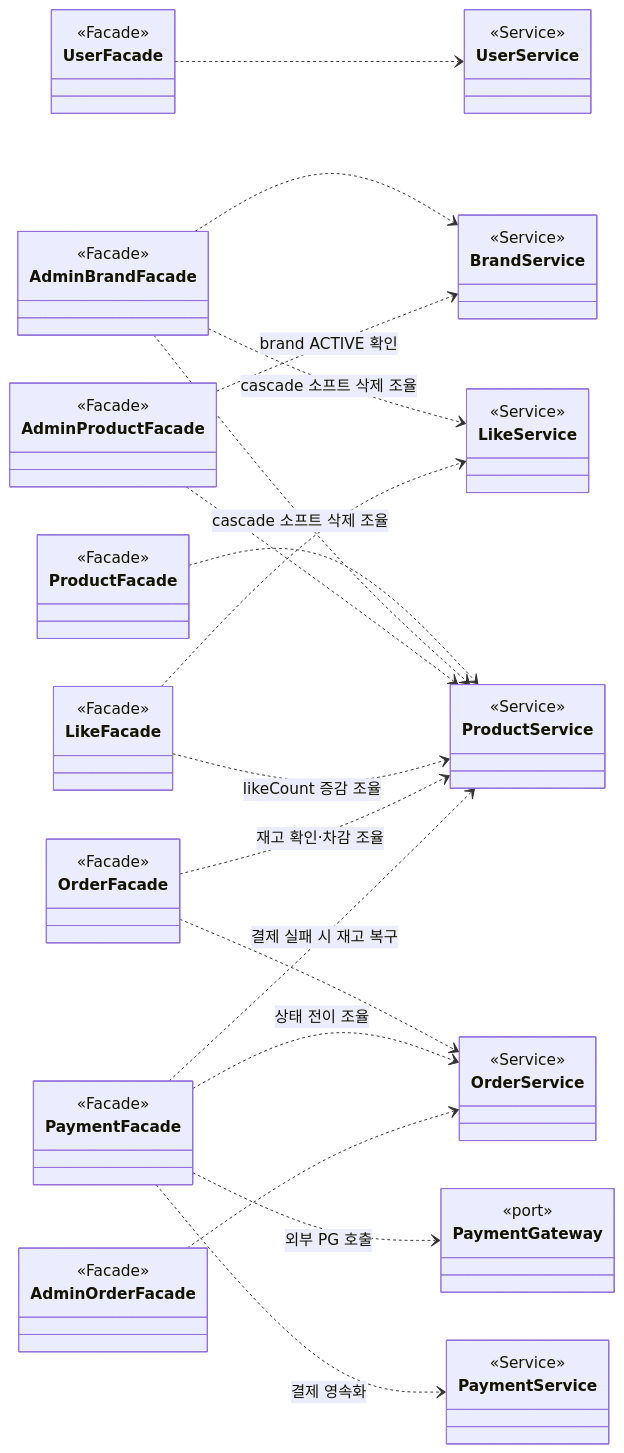
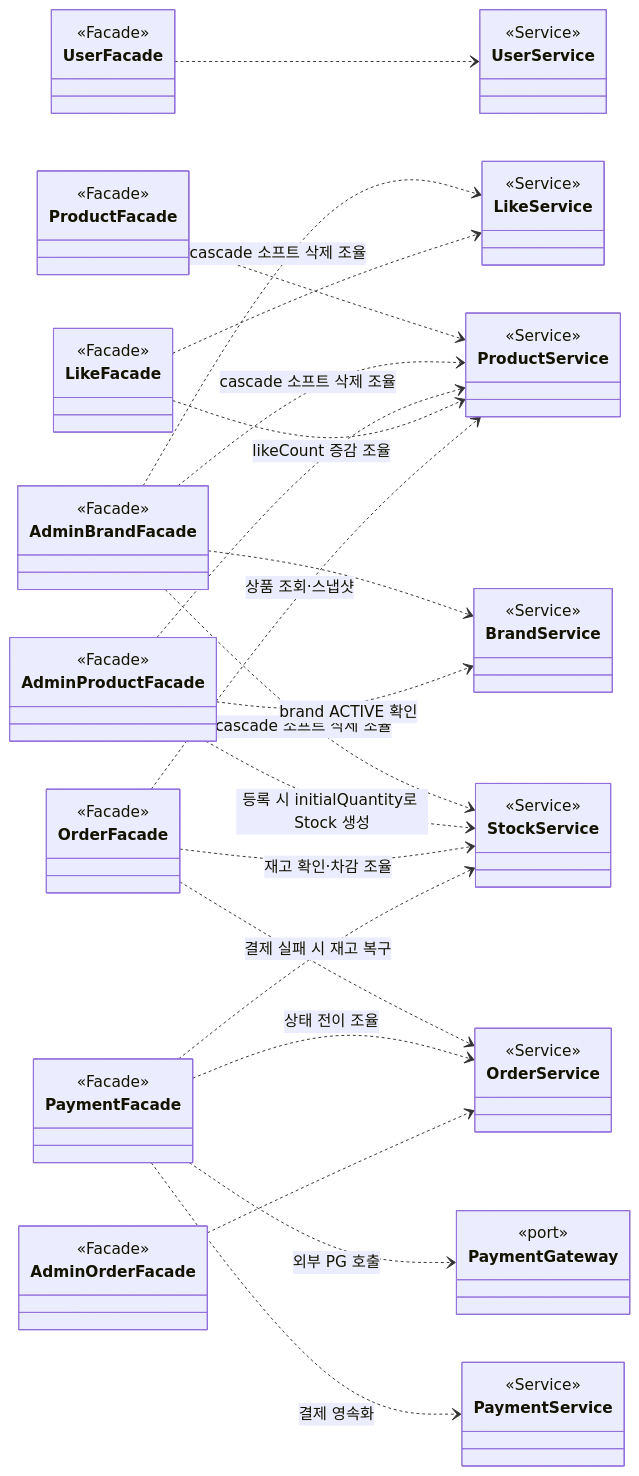
The seventh of 8 diagrams in .docs/design/03-class-diagram.md (Rojojun/loop-pack-be-l2-vol4-kotlin), drawn with Mermaid before and after one commit. The commit also changed other lines of this file and 2 other files, not shown here.

Commit message:
docs: 개발전 설계 문서 수정 stock 분리

````diff
--- a/.docs/design/03-class-diagram.md
+++ b/.docs/design/03-class-diagram.md
@@ -813,45 +862,49 @@
 ```mermaid
 classDiagram
     direction LR
 
     class UserFacade { <<Facade>> }
     class ProductFacade { <<Facade>> }
     class AdminBrandFacade { <<Facade>> }
     class AdminProductFacade { <<Facade>> }
     class LikeFacade { <<Facade>> }
     class OrderFacade { <<Facade>> }
     class PaymentFacade { <<Facade>> }
     class AdminOrderFacade { <<Facade>> }
 
     class UserService { <<Service>> }
     class BrandService { <<Service>> }
     class ProductService { <<Service>> }
+    class StockService { <<Service>> }
     class LikeService { <<Service>> }
     class OrderService { <<Service>> }
     class PaymentService { <<Service>> }
     class PaymentGateway { <<port>> }
 
     UserFacade ..> UserService
 
     ProductFacade ..> ProductService
 
     AdminBrandFacade ..> BrandService
     AdminBrandFacade ..> ProductService : cascade 소프트 삭제 조율
+    AdminBrandFacade ..> StockService : cascade 소프트 삭제 조율
     AdminBrandFacade ..> LikeService : cascade 소프트 삭제 조율
 
     AdminProductFacade ..> BrandService : brand ACTIVE 확인
     AdminProductFacade ..> ProductService
+    AdminProductFacade ..> StockService : 등록 시 initialQuantity로 Stock 생성
 
     LikeFacade ..> LikeService
     LikeFacade ..> ProductService : likeCount 증감 조율
 
-    OrderFacade ..> ProductService : 재고 확인·차감 조율
+    OrderFacade ..> ProductService : 상품 조회·스냅샷
+    OrderFacade ..> StockService : 재고 확인·차감 조율
     OrderFacade ..> OrderService
 
     PaymentFacade ..> OrderService : 상태 전이 조율
     PaymentFacade ..> PaymentService : 결제 영속화
-    PaymentFacade ..> ProductService : 결제 실패 시 재고 복구
+    PaymentFacade ..> StockService : 결제 실패 시 재고 복구
     PaymentFacade ..> PaymentGateway : 외부 PG 호출
 
     AdminOrderFacade ..> OrderService
 ```
````
